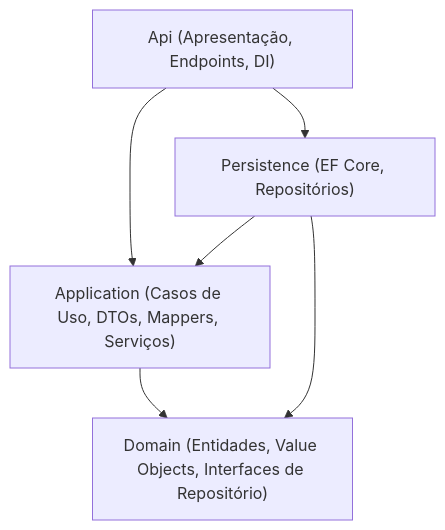
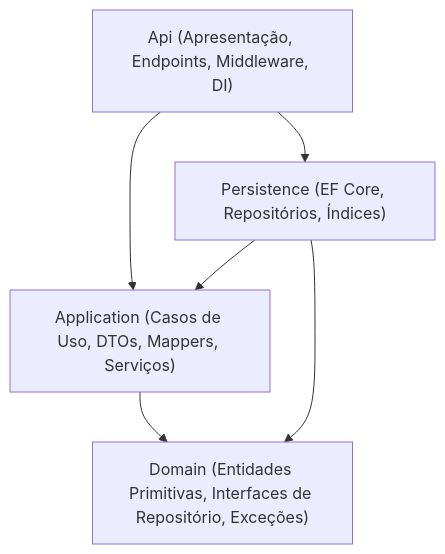
The diagram in Docs/Arquitetura.md (Taverna-Web/taverna-web-backend), drawn with Mermaid before and after one commit. The commit also changed other lines of this file and 3 other files, not shown here.

First line of the commit message:
docs: atualiza documentação arquitetural para entidades primitivas e validação via DTO

````diff
--- a/Docs/Arquitetura.md
+++ b/Docs/Arquitetura.md
@@ -26,13 +26,13 @@
 ```mermaid
 flowchart TD
-    API["Api (Apresentação, Endpoints, DI)"]
-    PERSISTENCE["Persistence (EF Core, Repositórios)"]
+    API["Api (Apresentação, Endpoints, Middleware, DI)"]
+    PERSISTENCE["Persistence (EF Core, Repositórios, Índices)"]
     APPLICATION["Application (Casos de Uso, DTOs, Mappers, Serviços)"]
-    DOMAIN["Domain (Entidades, Value Objects, Interfaces de Repositório)"]
+    DOMAIN["Domain (Entidades Primitivas, Interfaces de Repositório, Exceções)"]
 
     API --> APPLICATION
     API --> PERSISTENCE
     PERSISTENCE --> APPLICATION
     PERSISTENCE --> DOMAIN
     APPLICATION --> DOMAIN
 ```
````
